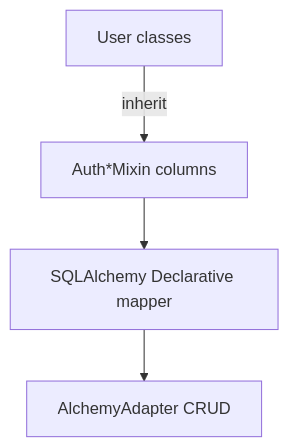
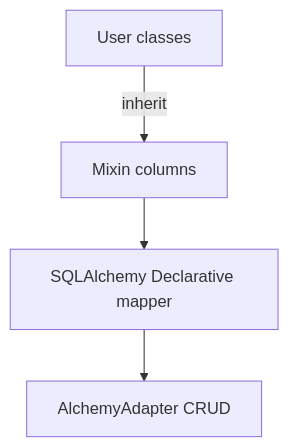
Before and after one commit to mplemay/belgie: the first of 3 diagrams in design/004-sqlalchemy-mixins.md, drawn with Mermaid. The commit also changed other lines of this file, not shown here.

````diff
--- a/design/004-sqlalchemy-mixins.md
+++ b/design/004-sqlalchemy-mixins.md
@@ -59,6 +61,6 @@
 ```mermaid
 graph TD
-    A[User classes] -->|inherit| B[Auth*Mixin columns]
+    A[User classes] -->|inherit| B[Mixin columns]
     B --> C[SQLAlchemy Declarative mapper]
     C --> D[AlchemyAdapter CRUD]
 ```
````
